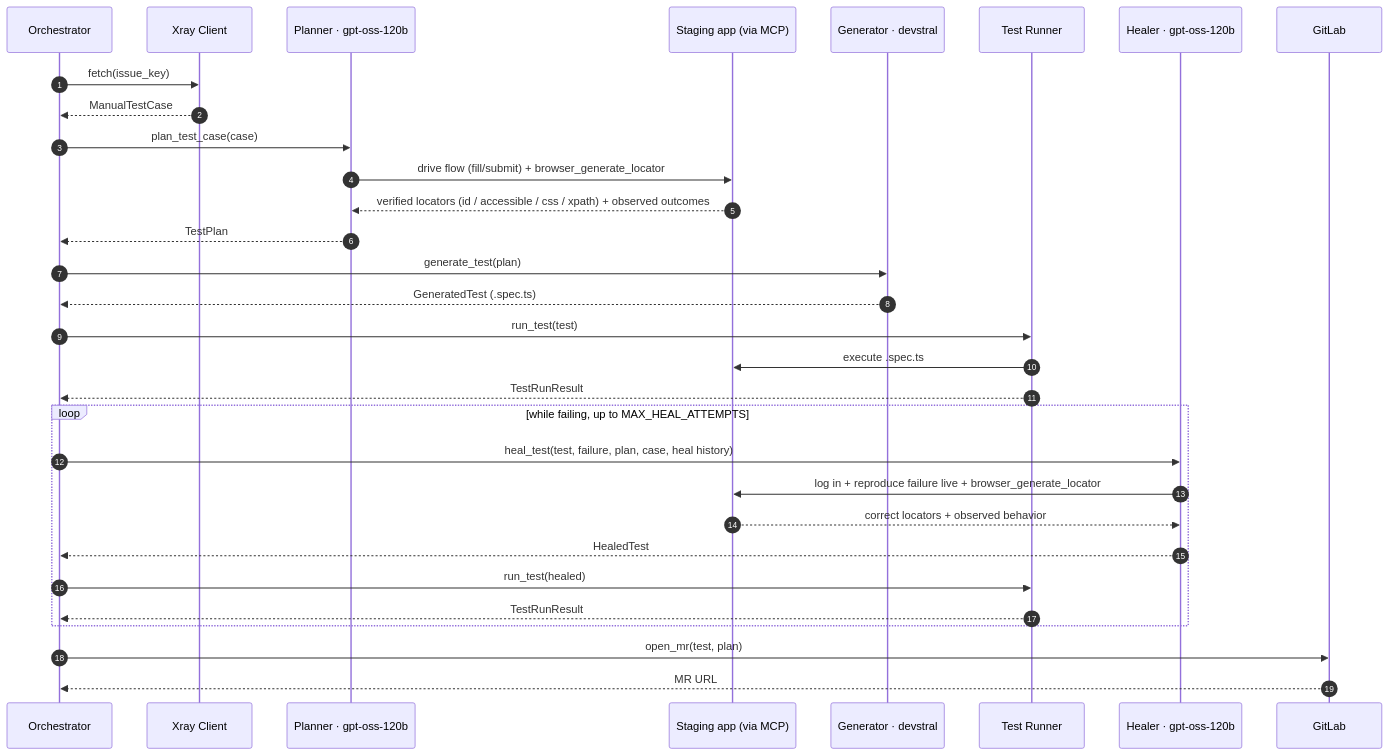
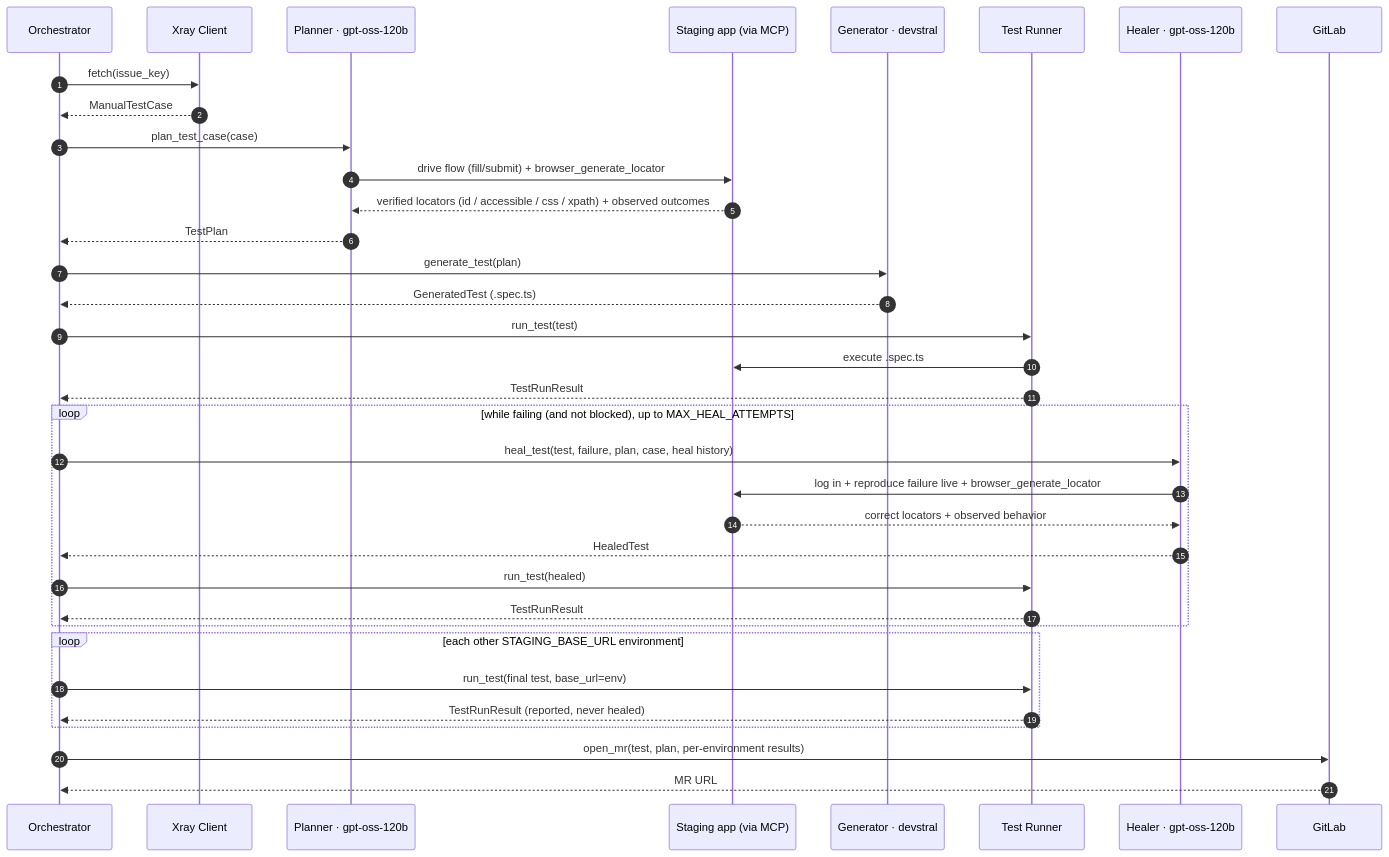
The second of 4 diagrams in docs/WORKFLOW.md (jpucic00/agentic-test-automation), drawn with Mermaid before and after one commit. The commit also changed other lines of this file and 25 other files, not shown here.

First line of the commit message:
Keep agents on allowed hosts and run one spec across staging environments

````diff
--- a/docs/WORKFLOW.md
+++ b/docs/WORKFLOW.md
@@ -38,36 +39,41 @@
 ```mermaid
 sequenceDiagram
     autonumber
     participant O as Orchestrator
     participant X as Xray Client
     participant P as Planner · gpt-oss-120b
     participant B as Staging app (via MCP)
     participant G as Generator · devstral
     participant R as Test Runner
     participant H as Healer · gpt-oss-120b
     participant L as GitLab
 
     O->>X: fetch(issue_key)
     X-->>O: ManualTestCase
     O->>P: plan_test_case(case)
     P->>B: drive flow (fill/submit) + browser_generate_locator
     B-->>P: verified locators (id / accessible / css / xpath) + observed outcomes
     P-->>O: TestPlan
     O->>G: generate_test(plan)
     G-->>O: GeneratedTest (.spec.ts)
     O->>R: run_test(test)
     R->>B: execute .spec.ts
     R-->>O: TestRunResult
 
-    loop while failing, up to MAX_HEAL_ATTEMPTS
+    loop while failing (and not blocked), up to MAX_HEAL_ATTEMPTS
         O->>H: heal_test(test, failure, plan, case, heal history)
         H->>B: log in + reproduce failure live + browser_generate_locator
         B-->>H: correct locators + observed behavior
         H-->>O: HealedTest
         O->>R: run_test(healed)
         R-->>O: TestRunResult
     end
 
-    O->>L: open_mr(test, plan)
+    loop each other STAGING_BASE_URL environment
+        O->>R: run_test(final test, base_url=env)
+        R-->>O: TestRunResult (reported, never healed)
+    end
+
+    O->>L: open_mr(test, plan, per-environment results)
     L-->>O: MR URL
 ```
````
